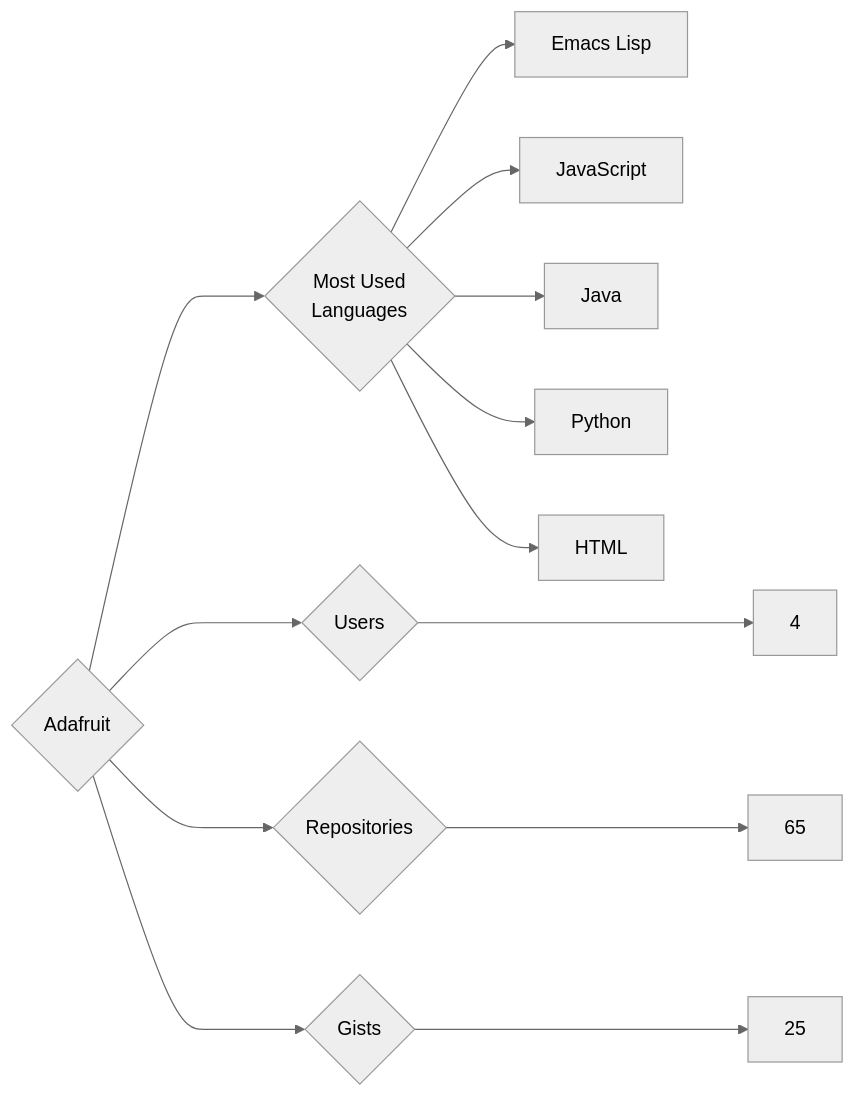
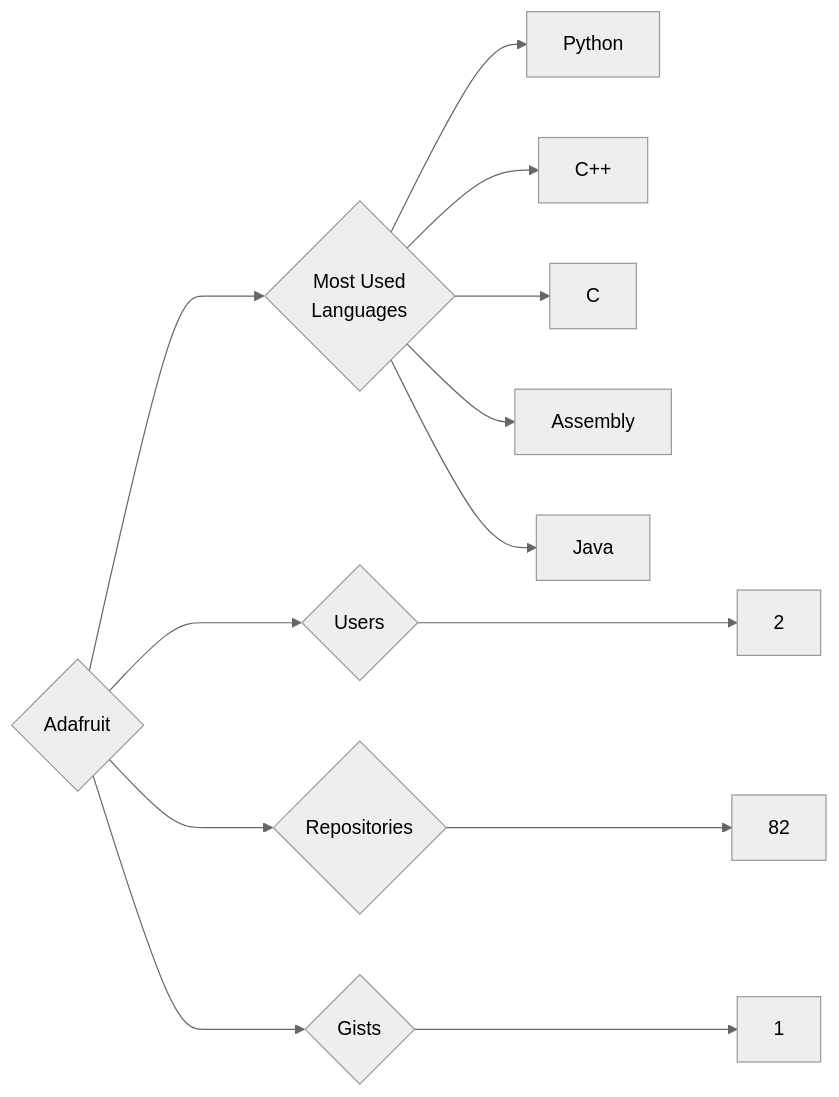
Before and after one commit to trickest/insiders: the diagram in targets/Adafruit/README.md, drawn with Mermaid (neutral theme). The commit also changed 1023 other files, not shown here.

````diff
--- a/targets/Adafruit/README.md
+++ b/targets/Adafruit/README.md
@@ -3,13 +3,13 @@
 ```mermaid
 graph LR
 COMPANY_NAME{Adafruit}
-COMPANY_NAME ---> U{Users} ---> UN[4]
-COMPANY_NAME ---> R{Repositories} ---> RN[65]
-COMPANY_NAME ---> G{Gists} ---> GN[25]
+COMPANY_NAME ---> U{Users} ---> UN[2]
+COMPANY_NAME ---> R{Repositories} ---> RN[82]
+COMPANY_NAME ---> G{Gists} ---> GN[1]
 COMPANY_NAME ---> ML{Most Used<br>Languages}
-ML --> Emacs_Lisp[Emacs Lisp]
-ML --> JavaScript[JavaScript]
+ML --> Python[Python]
+ML --> C++[C++]
+ML --> C[C]
+ML --> Assembly[Assembly]
 ML --> Java[Java]
-ML --> Python[Python]
-ML --> HTML[HTML]
 ```
````
